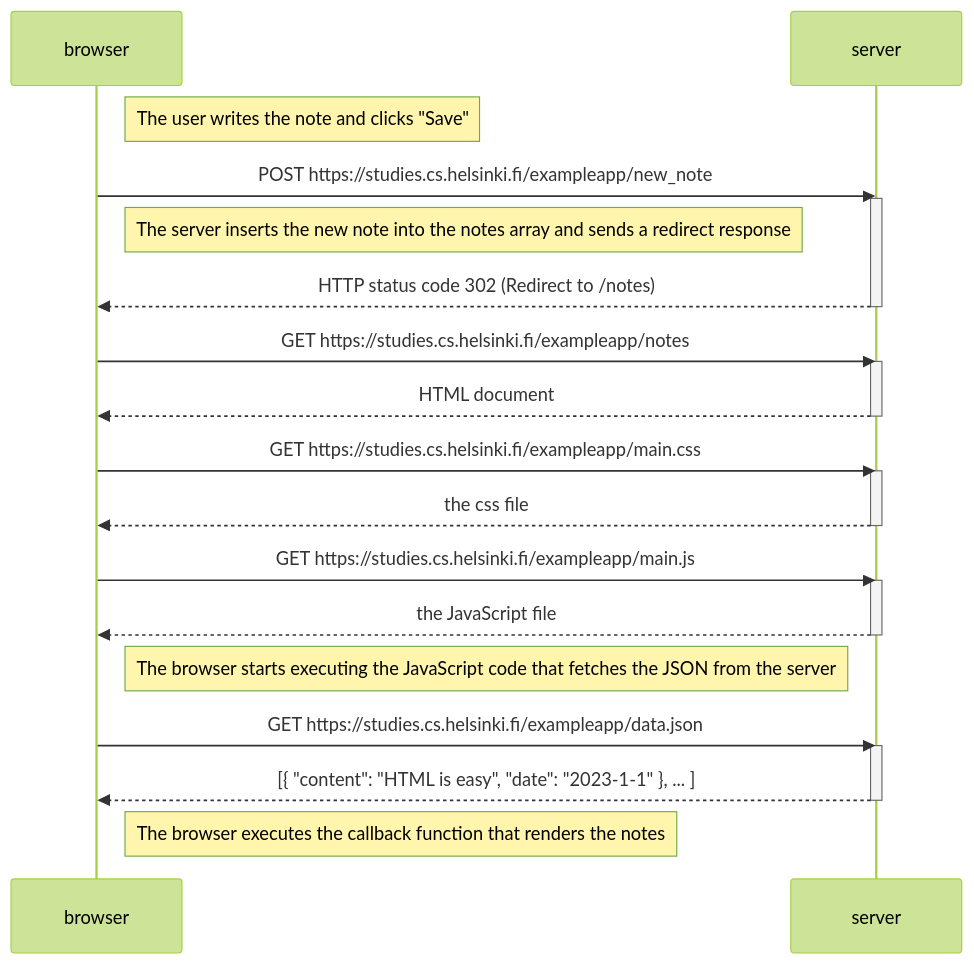
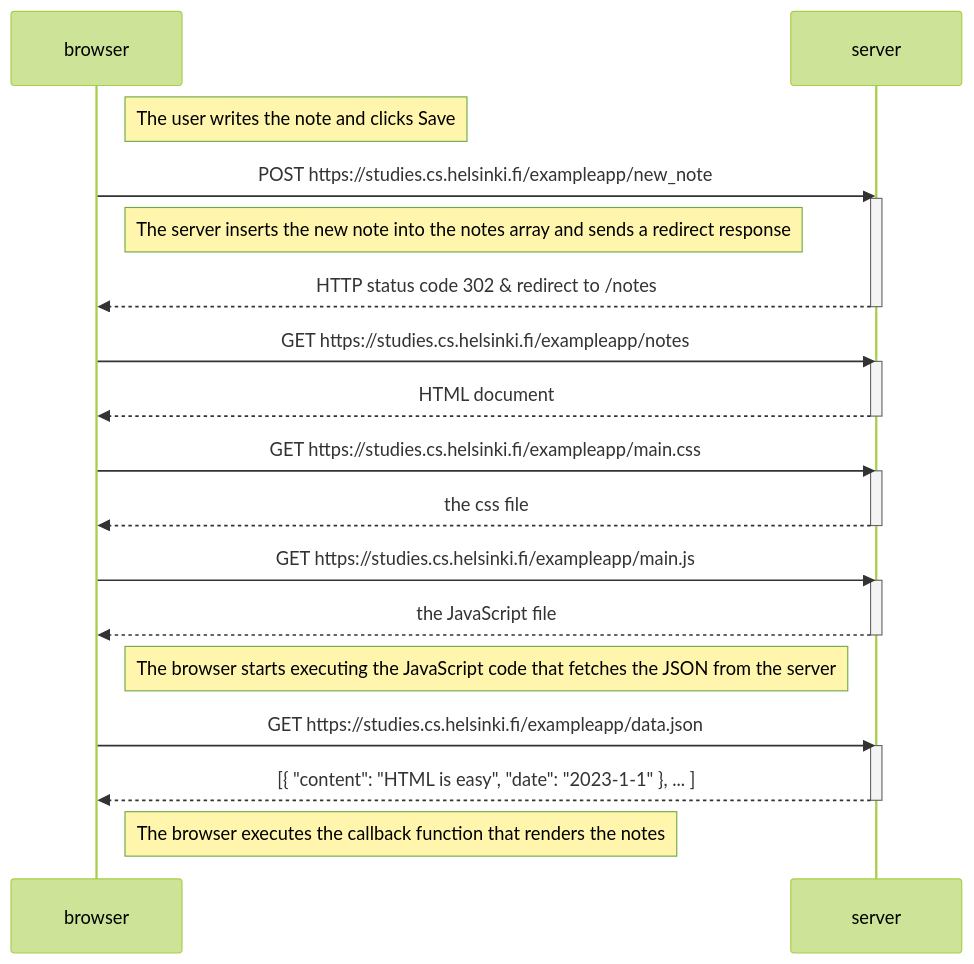
The diagram in part0/04.md (vabasda/fullstackopen), drawn with Mermaid (forest theme) before and after one commit.

````diff
--- a/part0/04.md
+++ b/part0/04.md
@@ -1,36 +1,36 @@
 ```mermaid
     sequenceDiagram
     participant browser
     participant server
 
-    Note right of browser: The user writes the note and clicks "Save"
+    Note right of browser: The user writes the note and clicks Save
 
     browser->>server: POST https://studies.cs.helsinki.fi/exampleapp/new_note
     activate server
     Note right of browser: The server inserts the new note into the notes array and sends a redirect response
-    server-->>browser: HTTP status code 302 (Redirect to /notes)
+    server-->>browser: HTTP status code 302 & redirect to /notes
     deactivate server
 
     browser->>server: GET https://studies.cs.helsinki.fi/exampleapp/notes
     activate server
     server-->>browser: HTML document
     deactivate server
 
     browser->>server: GET https://studies.cs.helsinki.fi/exampleapp/main.css
     activate server
     server-->>browser: the css file
     deactivate server
 
     browser->>server: GET https://studies.cs.helsinki.fi/exampleapp/main.js
     activate server
     server-->>browser: the JavaScript file
     deactivate server
 
     Note right of browser: The browser starts executing the JavaScript code that fetches the JSON from the server
     browser->>server: GET https://studies.cs.helsinki.fi/exampleapp/data.json
     activate server
     server-->>browser: [{ "content": "HTML is easy", "date": "2023-1-1" }, ... ]
     deactivate server
 
     Note right of browser: The browser executes the callback function that renders the notes
 ```
````
